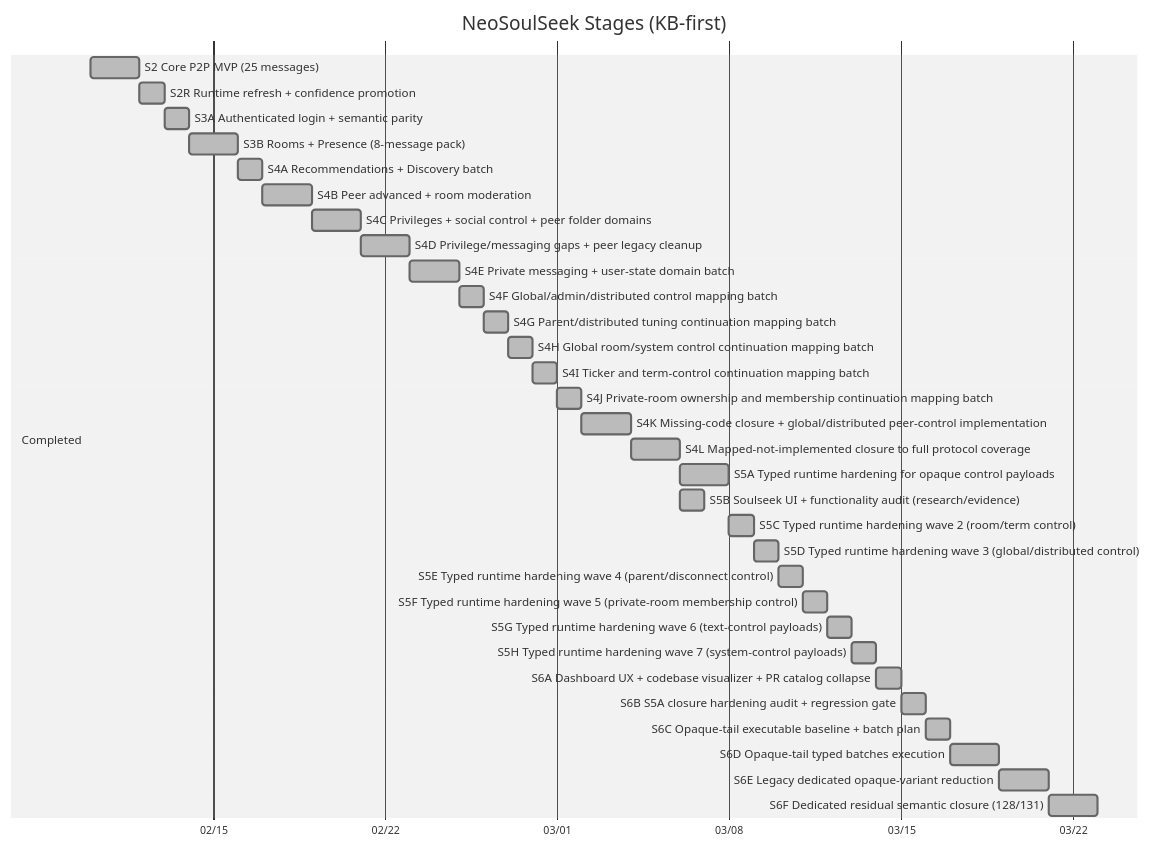
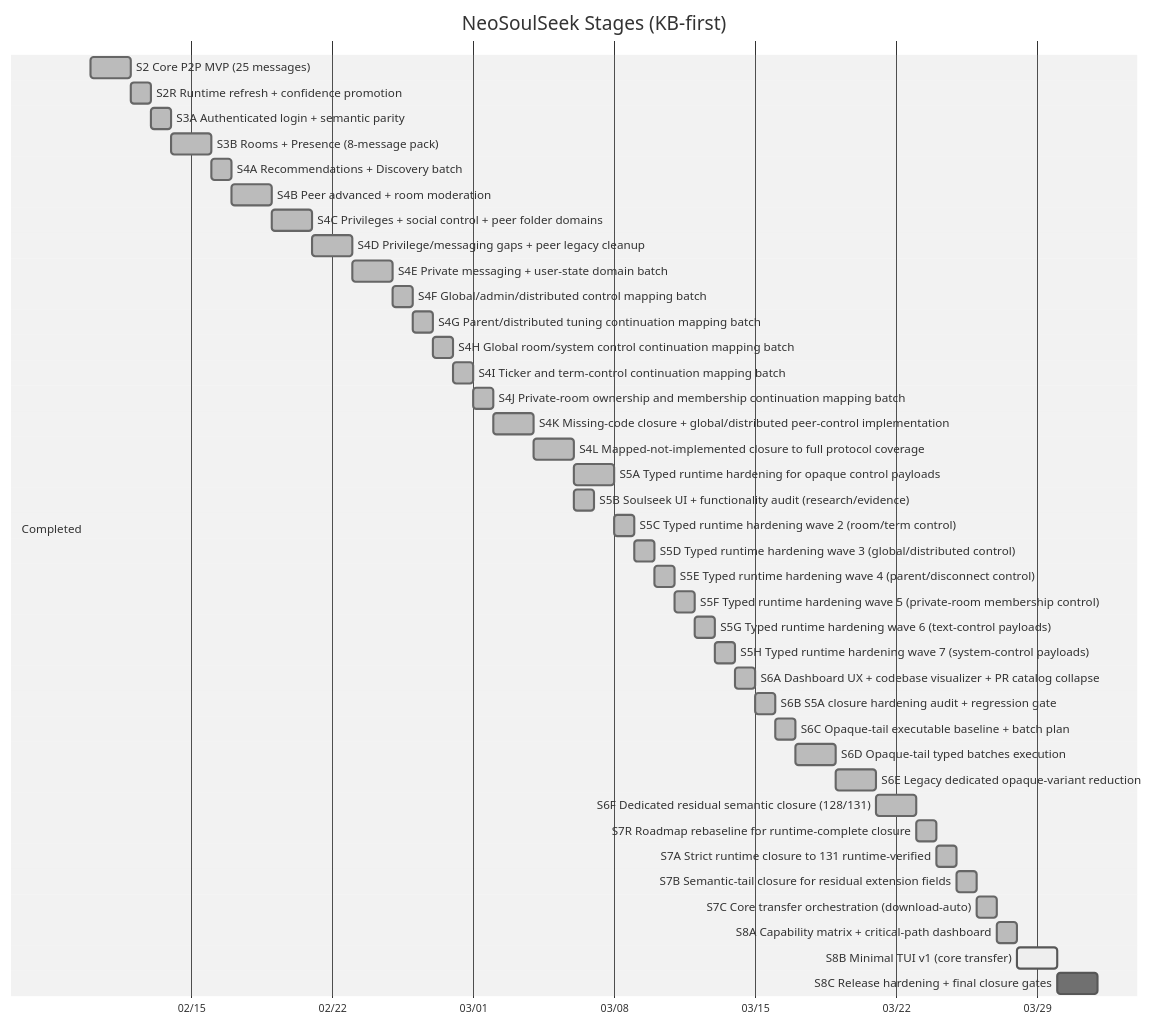
One commit to fedejinich/nss changed the first of 6 diagrams in docs/state/roadmap.md. Above: the diagram before and after it, drawn with Mermaid (neutral theme). The commit also changed other lines of this file and 73 other files, not shown here.

Commit message:
S7/S8: close runtime+semantic gaps, add capability dashboard, and bootstrap TUI

````diff
--- a/docs/state/roadmap.md
+++ b/docs/state/roadmap.md
@@ -17,37 +20,44 @@
 ```mermaid
 gantt
     title NeoSoulSeek Stages (KB-first)
     dateFormat  YYYY-MM-DD
     axisFormat  %m/%d
     section Completed
     S2 Core P2P MVP (25 messages) :done, s2, 2026-02-10, 2d
     S2R Runtime refresh + confidence promotion :done, s2r, after s2, 1d
     S3A Authenticated login + semantic parity :done, s3a, after s2r, 1d
     S3B Rooms + Presence (8-message pack) :done, s3b, 2026-02-14, 2d
     S4A Recommendations + Discovery batch :done, s4a, after s3b, 1d
     S4B Peer advanced + room moderation :done, s4b, after s4a, 2d
     S4C Privileges + social control + peer folder domains :done, s4c, after s4b, 2d
     S4D Privilege/messaging gaps + peer legacy cleanup :done, s4d, after s4c, 2d
     S4E Private messaging + user-state domain batch :done, s4e, after s4d, 2d
     S4F Global/admin/distributed control mapping batch :done, s4f, after s4e, 1d
     S4G Parent/distributed tuning continuation mapping batch :done, s4g, after s4f, 1d
     S4H Global room/system control continuation mapping batch :done, s4h, after s4g, 1d
     S4I Ticker and term-control continuation mapping batch :done, s4i, after s4h, 1d
     S4J Private-room ownership and membership continuation mapping batch :done, s4j, after s4i, 1d
     S4K Missing-code closure + global/distributed peer-control implementation :done, s4k, after s4j, 2d
     S4L Mapped-not-implemented closure to full protocol coverage :done, s4l, after s4k, 2d
     S5A Typed runtime hardening for opaque control payloads :done, s5a, after s4l, 2d
     S5B Soulseek UI + functionality audit (research/evidence) :done, s5b, after s4l, 1d
     S5C Typed runtime hardening wave 2 (room/term control) :done, s5c, after s5a, 1d
     S5D Typed runtime hardening wave 3 (global/distributed control) :done, s5d, after s5c, 1d
     S5E Typed runtime hardening wave 4 (parent/disconnect control) :done, s5e, after s5d, 1d
     S5F Typed runtime hardening wave 5 (private-room membership control) :done, s5f, after s5e, 1d
     S5G Typed runtime hardening wave 6 (text-control payloads) :done, s5g, after s5f, 1d
     S5H Typed runtime hardening wave 7 (system-control payloads) :done, s5h, after s5g, 1d
     S6A Dashboard UX + codebase visualizer + PR catalog collapse :done, s6a, after s5h, 1d
     S6B S5A closure hardening audit + regression gate :done, s6b, after s6a, 1d
     S6C Opaque-tail executable baseline + batch plan :done, s6c, after s6b, 1d
     S6D Opaque-tail typed batches execution :done, s6d, after s6c, 2d
     S6E Legacy dedicated opaque-variant reduction :done, s6e, after s6d, 2d
     S6F Dedicated residual semantic closure (128/131) :done, s6f, after s6e, 2d
+    S7R Roadmap rebaseline for runtime-complete closure :done, s7r, after s6f, 1d
+    S7A Strict runtime closure to 131 runtime-verified :done, s7a, after s7r, 1d
+    S7B Semantic-tail closure for residual extension fields :done, s7b, after s7a, 1d
+    S7C Core transfer orchestration (download-auto) :done, s7c, after s7b, 1d
+    S8A Capability matrix + critical-path dashboard :done, s8a, after s7c, 1d
+    S8B Minimal TUI v1 (core transfer) :active, s8b, after s8a, 2d
+    S8C Release hardening + final closure gates :s8c, after s8b, 2d
 ```
````
